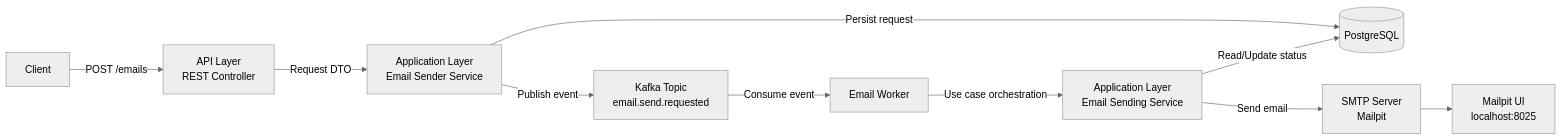
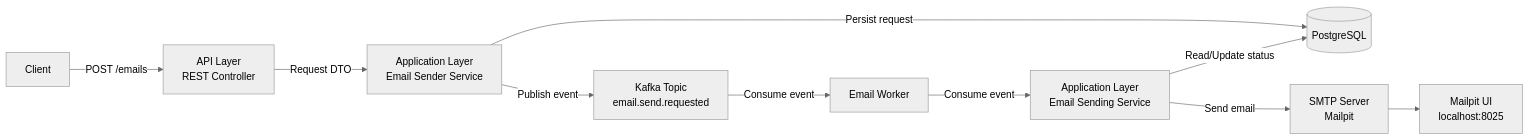
One commit to LuisMiguelPerinotte/email-sender-kafka changed the first of 3 diagrams in README.md. Above: the diagram before and after it, drawn with Mermaid (neutral theme). The commit also changed other lines of this file, not shown here.

````diff
--- a/README.md
+++ b/README.md
@@ -39,14 +39,14 @@
 ```mermaid
 flowchart LR
     Client[Client] -->|POST /emails| Controller[API Layer<br/>REST Controller]
     Controller -->|Request DTO| App[Application Layer<br/>Email Sender Service]
     App -->|Persist request| DB[(PostgreSQL)]
     App -->|Publish event| Kafka[Kafka Topic<br/>email.send.requested]
 
     Kafka -->|Consume event| Worker[Email Worker]
-    Worker -->|Use case orchestration| WorkerApp[Application Layer<br/>Email Sending Service]
+    Worker -->|Consume event| WorkerApp[Application Layer<br/>Email Sending Service]
     WorkerApp -->|Read/Update status| DB
     WorkerApp -->|Send email| Mailpit[SMTP Server<br/>Mailpit]
 
     Mailpit --> UI[Mailpit UI<br/>localhost:8025]
 ```
````
